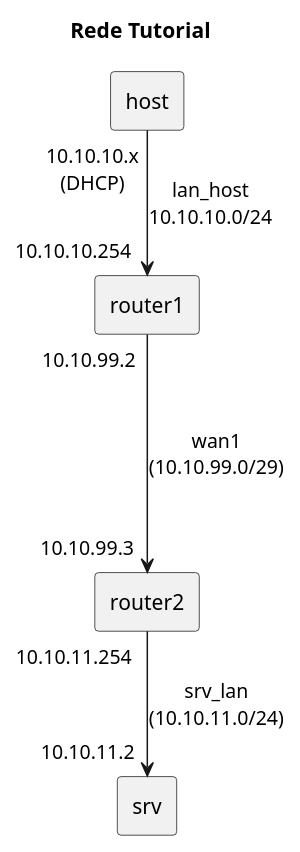
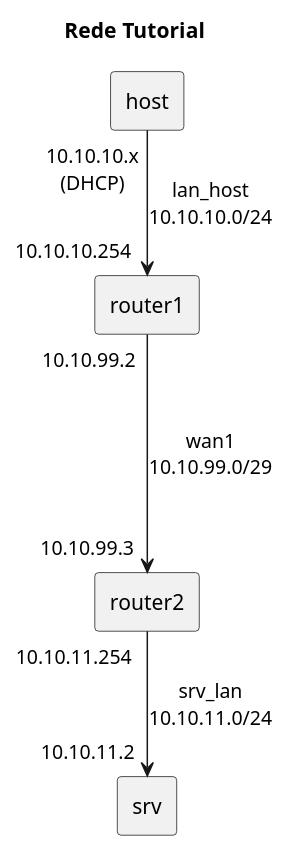
One commit to SpirTBBX/SISTCA-1220956-1221092-1221708-1211104 changed the diagram in network_00_tutorial.puml. Above: the diagram before and after it, drawn with PlantUML. The commit also changed 6 other files, not shown here.

```diff
--- a/network_00_tutorial.puml
+++ b/network_00_tutorial.puml
@@ -1,17 +1,17 @@
 @startuml
 ' https://plantuml.com/component-diagram
 
 title Rede Tutorial
 
 rectangle "host" as Host
 rectangle "router1" as Router1
 rectangle "router2" as Router2
 rectangle "srv" as Server
 
 Host "10.10.10.x\n(DHCP)" --> "10.10.10.254" Router1 : "lan_host\n10.10.10.0/24"
 
-Router1 "10.10.99.2" ---> "10.10.99.3" Router2 : wan1\n(10.10.99.0/29)
+Router1 "10.10.99.2" ---> "10.10.99.3" Router2 : wan1\n10.10.99.0/29
 
-Router2 "10.10.11.254" --> "10.10.11.2" Server : srv_lan\n(10.10.11.0/24)
+Router2 "10.10.11.254" --> "10.10.11.2" Server : srv_lan\n10.10.11.0/24
 
 @enduml
```
